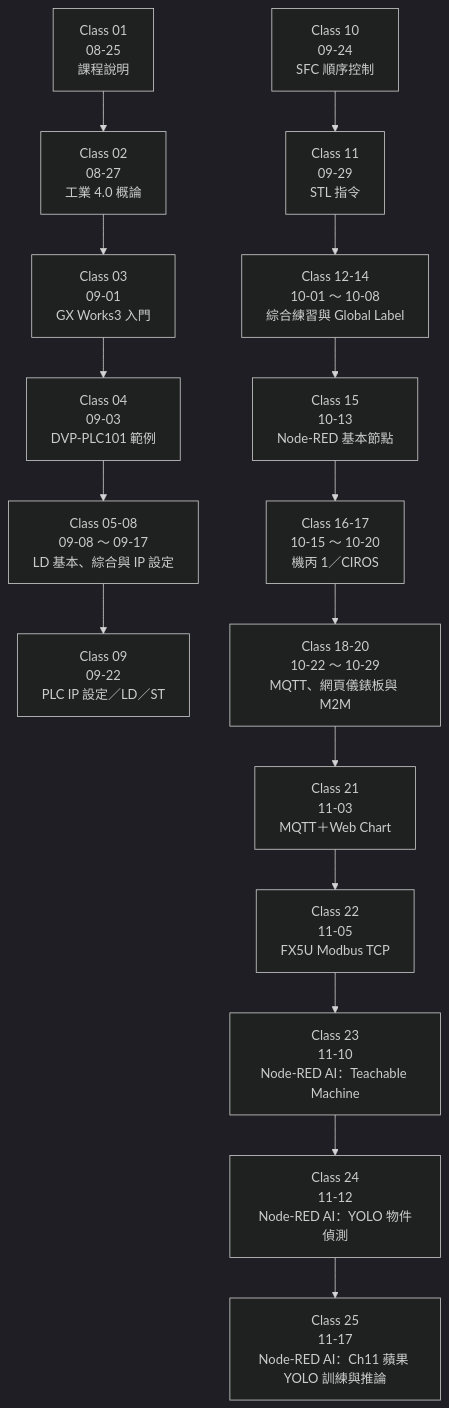
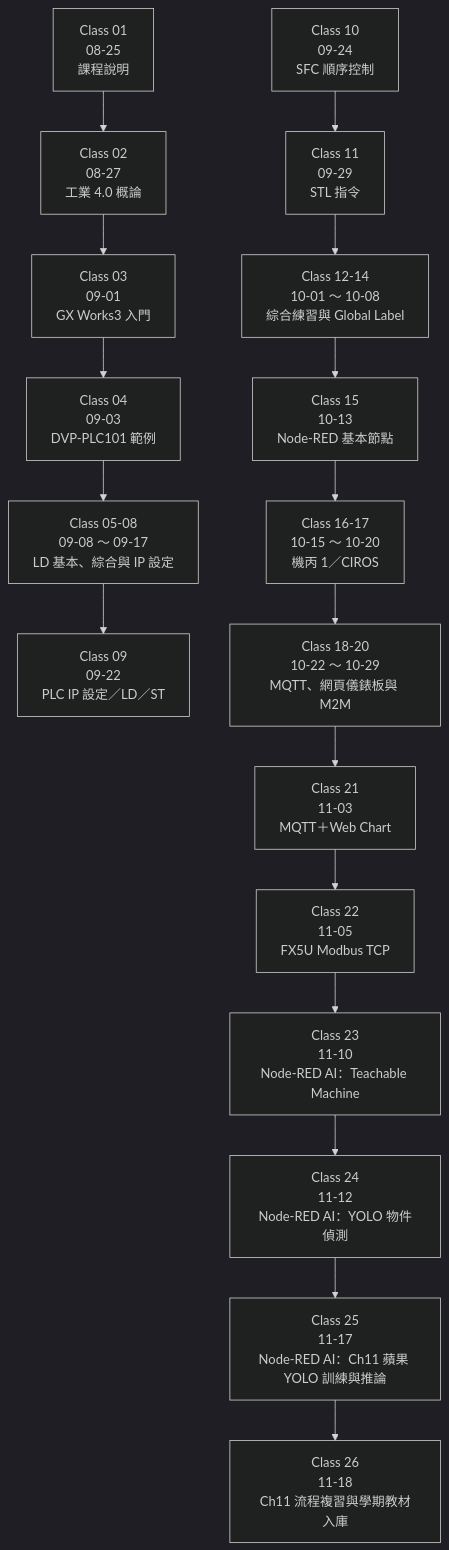
Before and after one commit to yd7148/INDUSTRY-4.0: the first of 3 diagrams in docs/COURSE-MAP.md, drawn with Mermaid (dark theme). The commit also changed other lines of this file and 4 other files, not shown here.

Commit message:
Sync docs for Class-26 (26 classes, 27 videos, timeline and SVG)

````diff
--- a/docs/COURSE-MAP.md
+++ b/docs/COURSE-MAP.md
@@ -10,18 +10,19 @@
 ```mermaid
 flowchart TD
     A["Class 01<br/>08-25<br/>課程說明"] --> B["Class 02<br/>08-27<br/>工業 4.0 概論"]
     B --> C["Class 03<br/>09-01<br/>GX Works3 入門"]
     C --> D["Class 04<br/>09-03<br/>DVP-PLC101 範例"]
     D --> E["Class 05-08<br/>09-08 ～ 09-17<br/>LD 基本、綜合與 IP 設定"]
     E --> F["Class 09<br/>09-22<br/>PLC IP 設定／LD／ST"]
     G["Class 10<br/>09-24<br/>SFC 順序控制"] --> H["Class 11<br/>09-29<br/>STL 指令"]
     H --> I["Class 12-14<br/>10-01 ～ 10-08<br/>綜合練習與 Global Label"]
     I --> J["Class 15<br/>10-13<br/>Node-RED 基本節點"]
     J --> K["Class 16-17<br/>10-15 ～ 10-20<br/>機丙 1／CIROS"]
     K --> L["Class 18-20<br/>10-22 ～ 10-29<br/>MQTT、網頁儀錶板與 M2M"]
     L --> M["Class 21<br/>11-03<br/>MQTT＋Web Chart"]
     M --> N["Class 22<br/>11-05<br/>FX5U Modbus TCP"]
     N --> O["Class 23<br/>11-10<br/>Node-RED AI：Teachable Machine"]
     O --> P["Class 24<br/>11-12<br/>Node-RED AI：YOLO 物件偵測"]
     P --> Q["Class 25<br/>11-17<br/>Node-RED AI：Ch11 蘋果 YOLO 訓練與推論"]
+    Q --> R["Class 26<br/>11-18<br/>Ch11 流程複習與學期教材入庫"]
 ```
````
